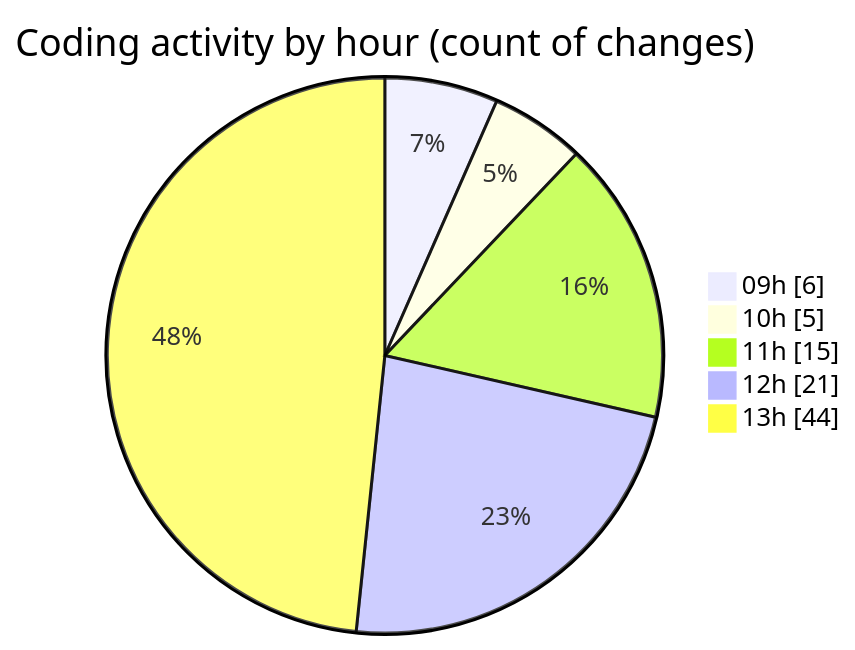
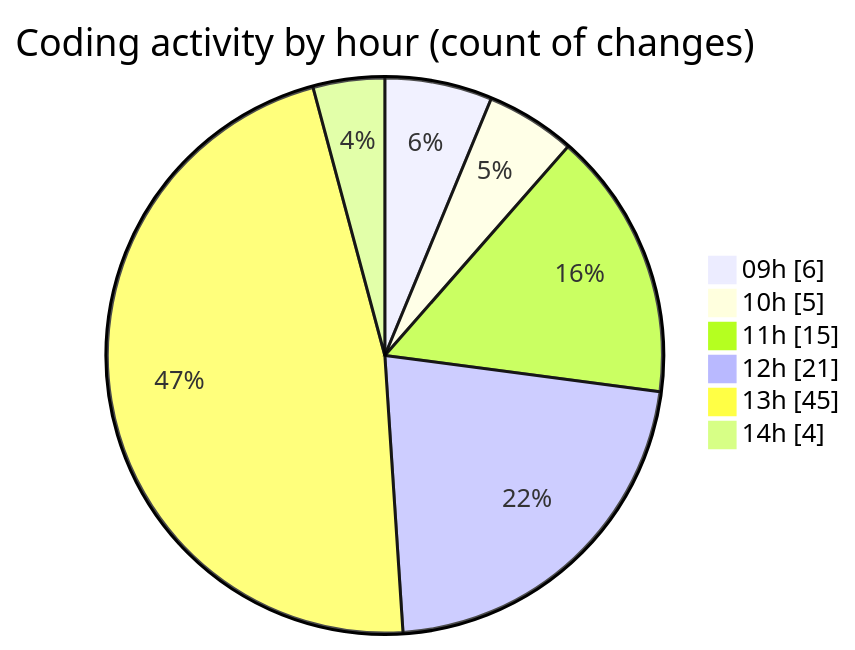
The second of 2 diagrams in 2025-10-02/cda/README.md (momahboobian/code-tracking), drawn with Mermaid before and after one commit. The commit also changed other lines of this file and 1 other file, not shown here.

````diff
--- a/2025-10-02/cda/README.md
+++ b/2025-10-02/cda/README.md
@@ -40,9 +40,10 @@
 ```mermaid
 pie showData
 title Coding activity by hour (count of changes)
 "09h" : 6
 "10h" : 5
 "11h" : 15
 "12h" : 21
-"13h" : 44
+"13h" : 45
+"14h" : 4
 ```
````
